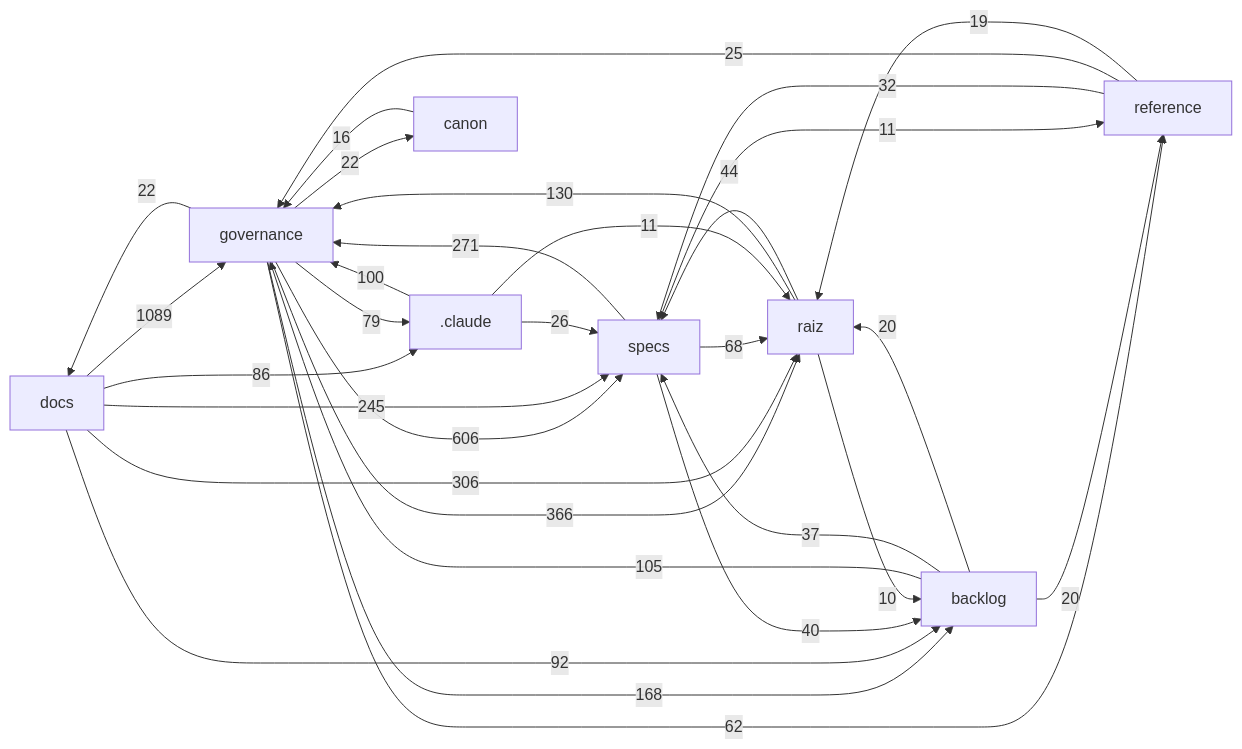
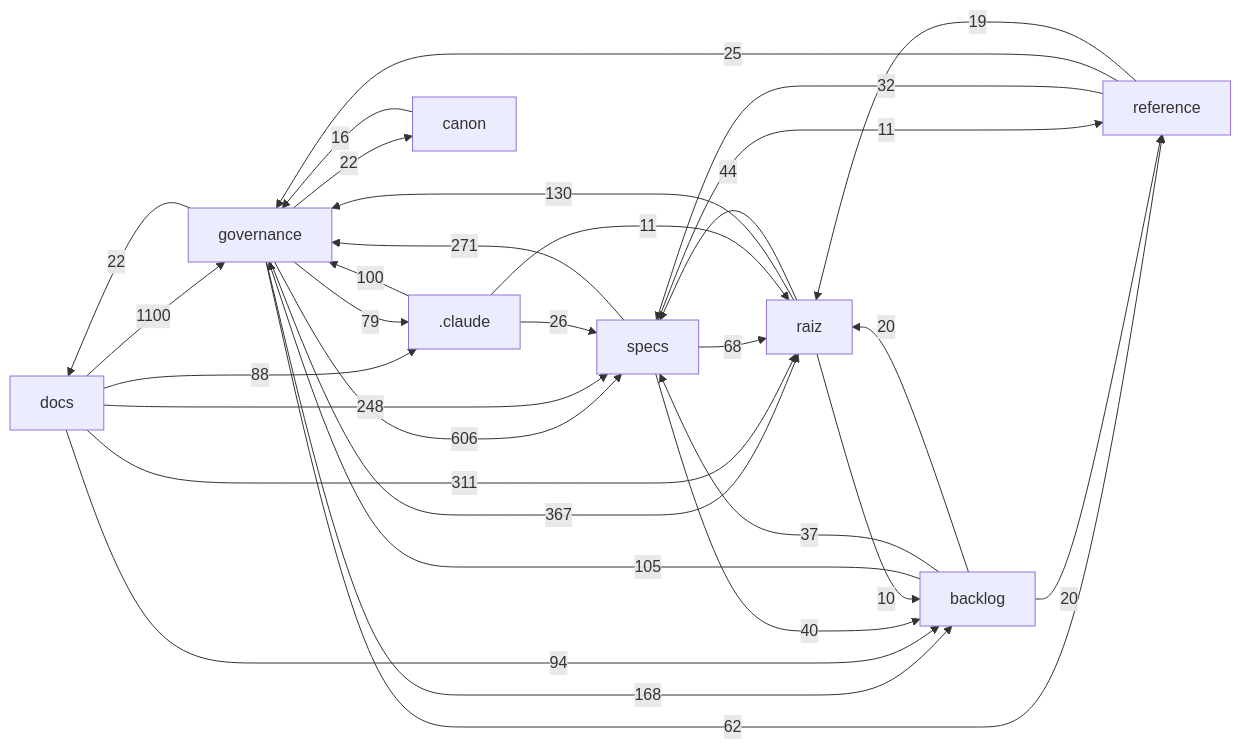
Before and after one commit to Andraus35/Sistema-Operacional-de-Trading--SOT: the diagram in docs/mapa/MAPA-PROJETO.md, drawn with Mermaid. The commit also changed other lines of this file and 10 other files, not shown here.

````diff
--- a/docs/mapa/MAPA-PROJETO.md
+++ b/docs/mapa/MAPA-PROJETO.md
@@ -29,33 +29,33 @@
 ```mermaid
 flowchart LR
-  docs["docs"] -->|1089| governance["governance"]
+  docs["docs"] -->|1100| governance["governance"]
   governance["governance"] -->|606| specs["specs"]
-  governance["governance"] -->|366| raiz["raiz"]
-  docs["docs"] -->|306| raiz["raiz"]
+  governance["governance"] -->|367| raiz["raiz"]
+  docs["docs"] -->|311| raiz["raiz"]
   specs["specs"] -->|271| governance["governance"]
-  docs["docs"] -->|245| specs["specs"]
+  docs["docs"] -->|248| specs["specs"]
   governance["governance"] -->|168| backlog["backlog"]
   raiz["raiz"] -->|130| governance["governance"]
   backlog["backlog"] -->|105| governance["governance"]
   _claude[".claude"] -->|100| governance["governance"]
-  docs["docs"] -->|92| backlog["backlog"]
-  docs["docs"] -->|86| _claude[".claude"]
+  docs["docs"] -->|94| backlog["backlog"]
+  docs["docs"] -->|88| _claude[".claude"]
   governance["governance"] -->|79| _claude[".claude"]
   specs["specs"] -->|68| raiz["raiz"]
   governance["governance"] -->|62| reference["reference"]
   raiz["raiz"] -->|44| specs["specs"]
   specs["specs"] -->|40| backlog["backlog"]
   backlog["backlog"] -->|37| specs["specs"]
   reference["reference"] -->|32| specs["specs"]
   _claude[".claude"] -->|26| specs["specs"]
   reference["reference"] -->|25| governance["governance"]
   governance["governance"] -->|22| docs["docs"]
   governance["governance"] -->|22| canon["canon"]
   backlog["backlog"] -->|20| raiz["raiz"]
   backlog["backlog"] -->|20| reference["reference"]
   reference["reference"] -->|19| raiz["raiz"]
   canon["canon"] -->|16| governance["governance"]
   _claude[".claude"] -->|11| raiz["raiz"]
   specs["specs"] -->|11| reference["reference"]
   raiz["raiz"] -->|10| backlog["backlog"]
 ```
````
